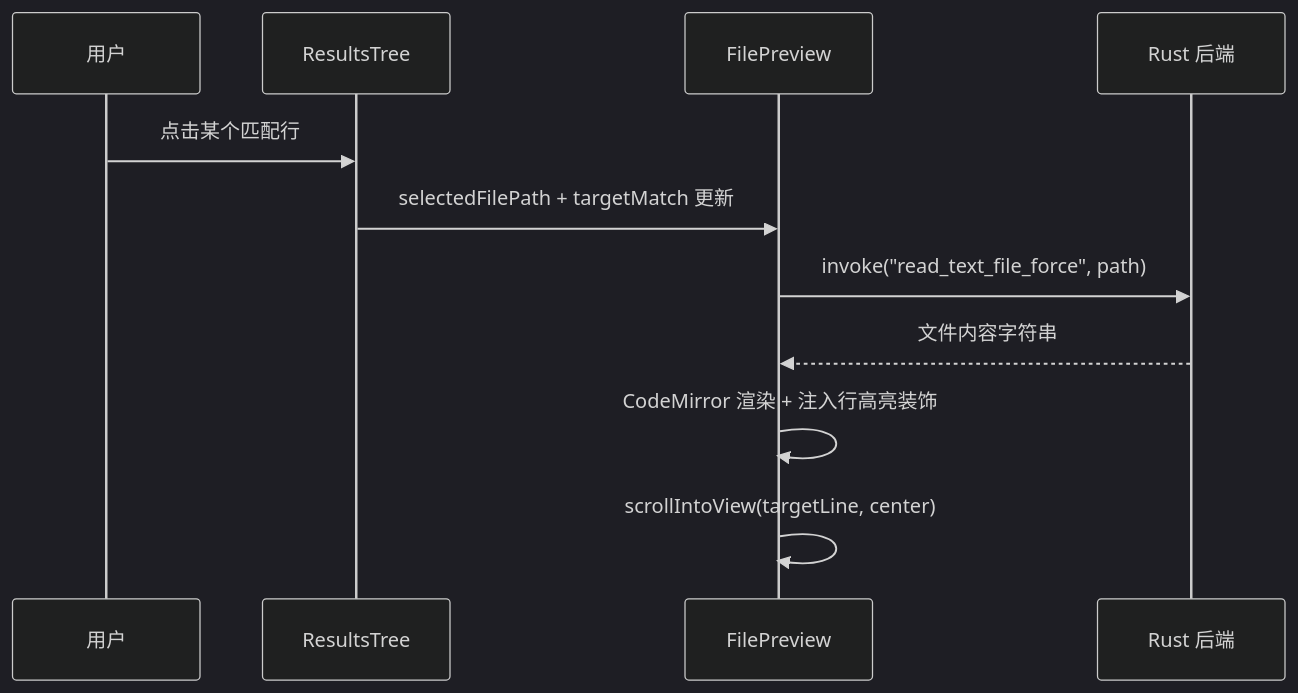
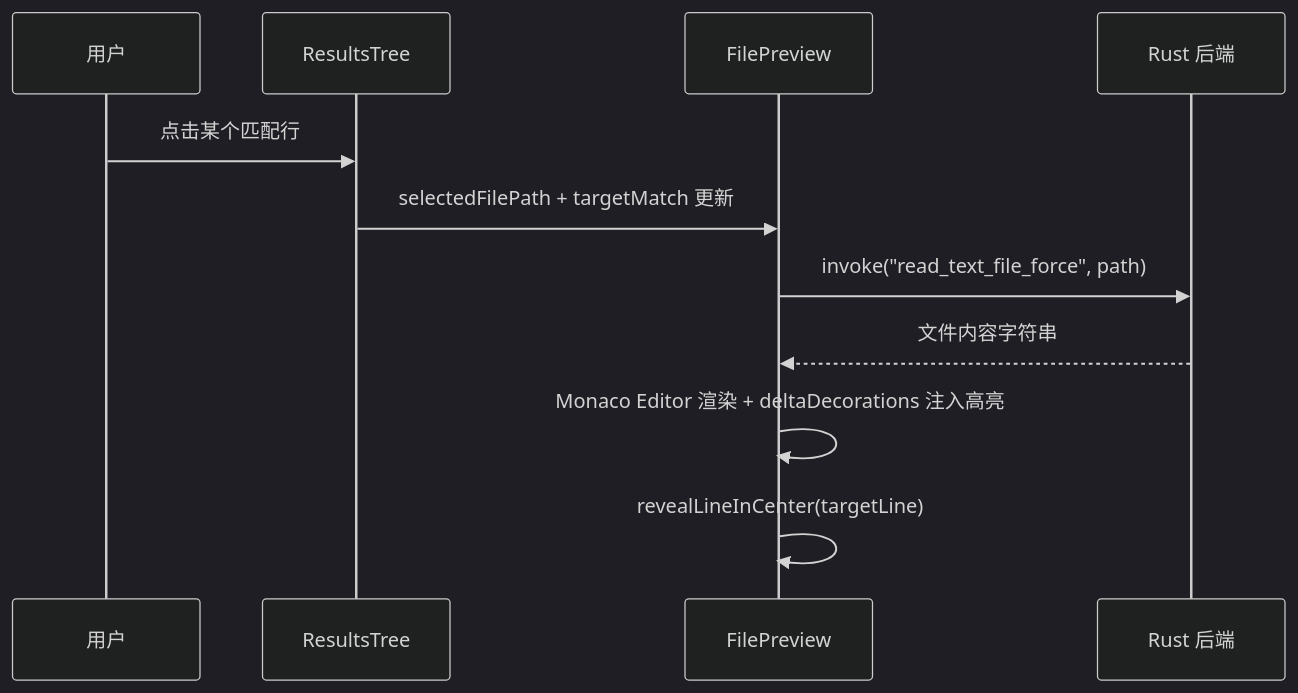
One commit to miaotouy/aio-hub changed the fourth of 4 diagrams in src/tools/dir-search/ARCHITECTURE.md. Above: the diagram before and after it, drawn with Mermaid (dark theme). The commit also changed other lines of this file and 1 other file, not shown here.

````diff
--- a/src/tools/dir-search/ARCHITECTURE.md
+++ b/src/tools/dir-search/ARCHITECTURE.md
@@ -154,14 +154,14 @@
 ```mermaid
 sequenceDiagram
     participant User as 用户
     participant Tree as ResultsTree
     participant Preview as FilePreview
     participant Rust as Rust 后端
 
     User->>Tree: 点击某个匹配行
     Tree->>Preview: selectedFilePath + targetMatch 更新
     Preview->>Rust: invoke("read_text_file_force", path)
     Rust-->>Preview: 文件内容字符串
-    Preview->>Preview: CodeMirror 渲染 + 注入行高亮装饰
-    Preview->>Preview: scrollIntoView(targetLine, center)
+    Preview->>Preview: Monaco Editor 渲染 + deltaDecorations 注入高亮
+    Preview->>Preview: revealLineInCenter(targetLine)
 ```
````
